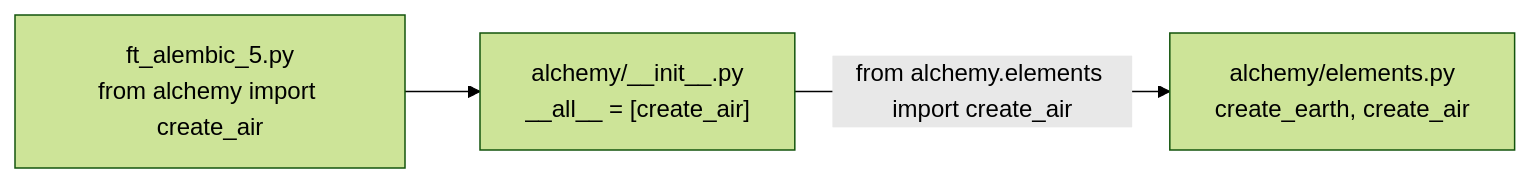
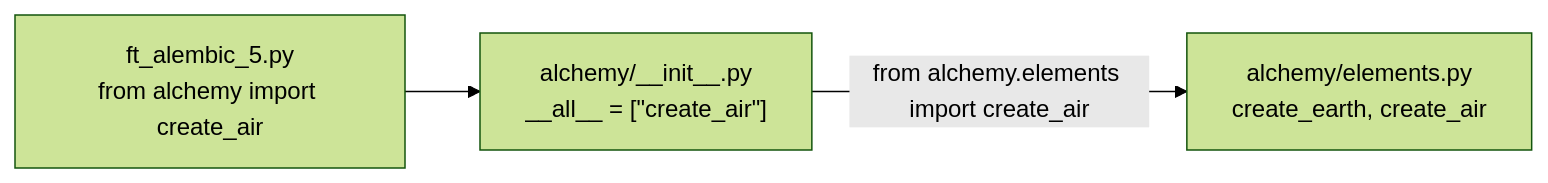
Before and after one commit to navegar-sistemas/dojo: the diagram in python/python-modulo-06/tutorial/docs/03-parte-1/05-a-interface-do-pacote.md, drawn with Mermaid (forest theme). The commit also changed other lines of this file and 110 other files, not shown here.

````diff
--- a/python/python-modulo-06/tutorial/docs/03-parte-1/05-a-interface-do-pacote.md
+++ b/python/python-modulo-06/tutorial/docs/03-parte-1/05-a-interface-do-pacote.md
@@ -131,5 +131,5 @@
 ```mermaid
 flowchart LR
-    a5["ft_alembic_5.py<br/>from alchemy import create_air"] --> init["alchemy/__init__.py<br/>__all__ = [create_air]"]
+    a5["ft_alembic_5.py<br/>from alchemy import create_air"] --> init["alchemy/__init__.py<br/>__all__ = [#quot;create_air#quot;]"]
     init -->|"from alchemy.elements import create_air"| ael["alchemy/elements.py<br/>create_earth, create_air"]
 ```
````
